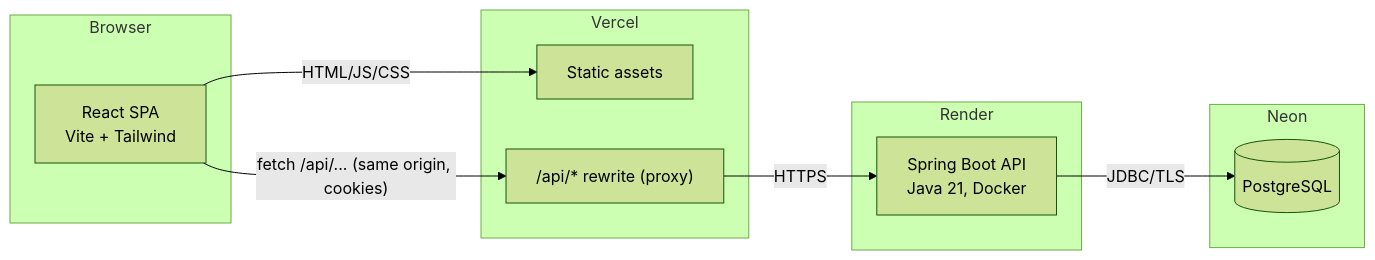
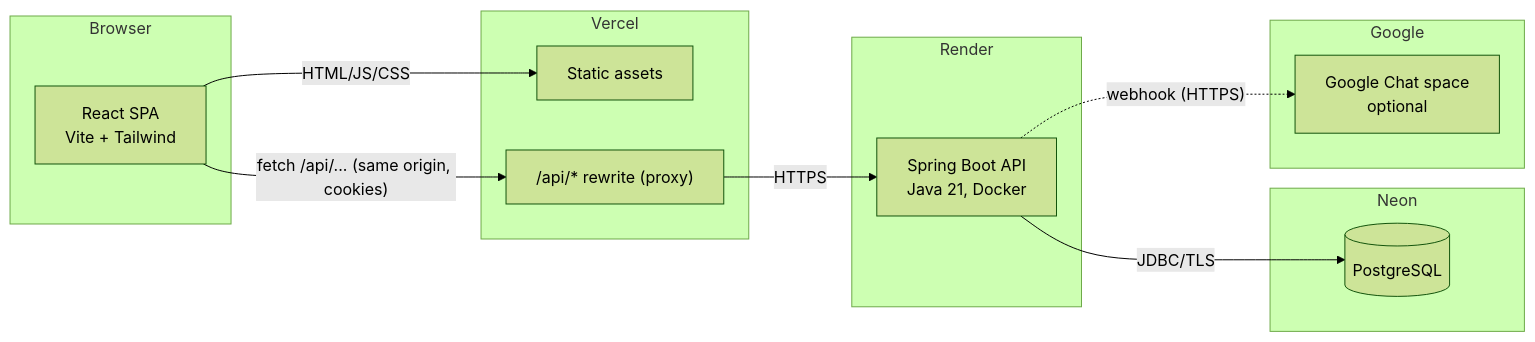
The first of 4 diagrams in docs/ARCHITECTURE.md (Oleandertengesdal/trafonsjakk), drawn with Mermaid (forest theme) before and after one commit. The commit also changed other lines of this file and 29 other files, not shown here.

````diff
--- a/docs/ARCHITECTURE.md
+++ b/docs/ARCHITECTURE.md
@@ -15,20 +15,24 @@
 ```mermaid
 flowchart LR
     subgraph Browser
         SPA[React SPA<br/>Vite + Tailwind]
     end
     subgraph Vercel
         Static[Static assets]
         Rewrite["/api/* rewrite (proxy)"]
     end
     subgraph Render
         API[Spring Boot API<br/>Java 21, Docker]
     end
     subgraph Neon
         DB[(PostgreSQL)]
     end
+    subgraph Google
+        Chat[Google Chat space<br/>optional]
+    end
     SPA -- "HTML/JS/CSS" --> Static
     SPA -- "fetch /api/... (same origin, cookies)" --> Rewrite
     Rewrite -- HTTPS --> API
     API -- "JDBC/TLS" --> DB
+    API -. "webhook (HTTPS)" .-> Chat
 ```
````
